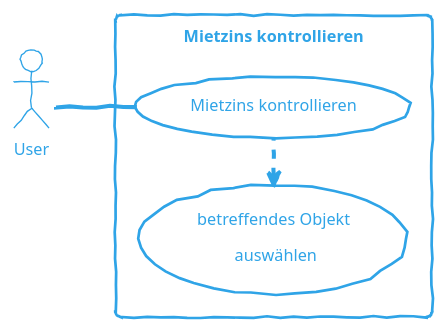
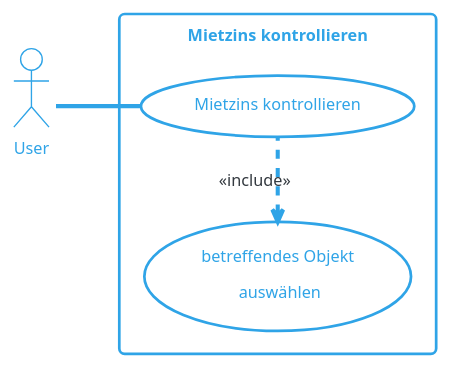
One commit to sirtheta/ImmoGlobal_Semesterarbeit changed the diagram in docs/content/diagrams/usecase/mietzinsKontrollieren.wsd. Above: the diagram before and after it, drawn with PlantUML. The commit also changed 24 other files, not shown here.

```diff
--- a/docs/content/diagrams/usecase/mietzinsKontrollieren.wsd
+++ b/docs/content/diagrams/usecase/mietzinsKontrollieren.wsd
@@ -1,13 +1,13 @@
 @startuml MietzinsKontrollieren
 !theme cerulean-outline
-skinparam handwritten true
+
 left to right direction
 actor "User" as fc
 rectangle "Mietzins kontrollieren" {
   usecase "Mietzins kontrollieren" as UC1
   usecase "betreffendes Objekt\n auswählen"as inc1
 
 } 
 fc -- UC1
-UC1 .left.> inc1
+UC1 .left.> inc1 : <<include>>
 @enduml
```
